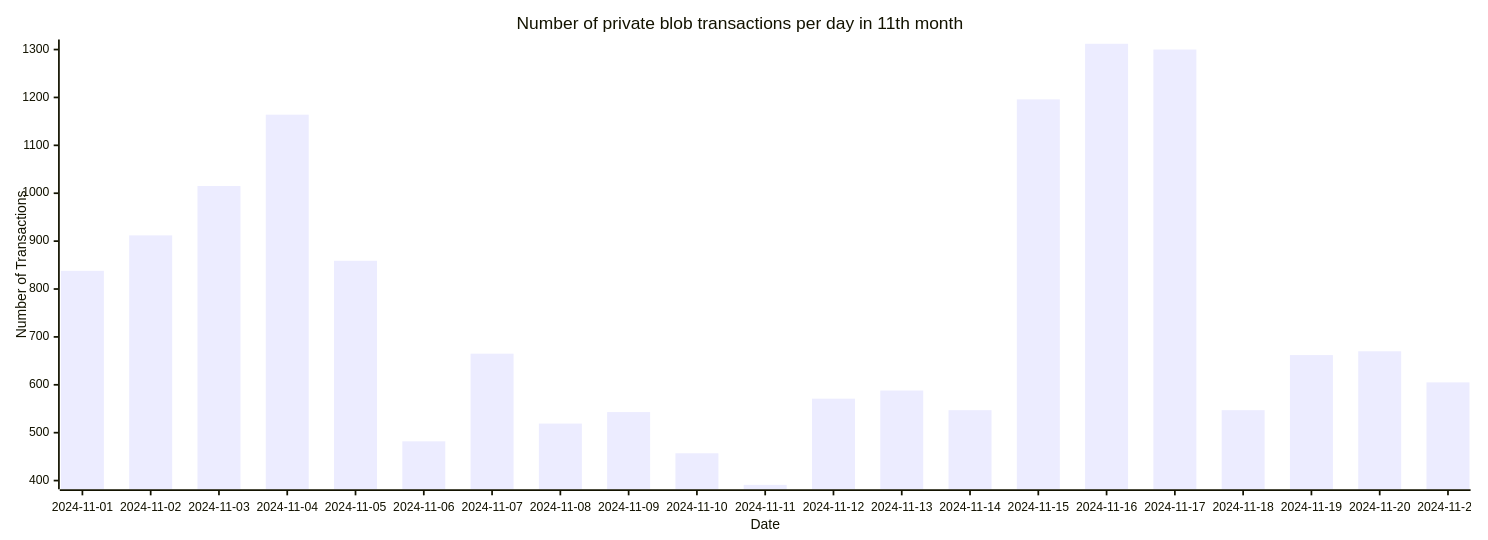
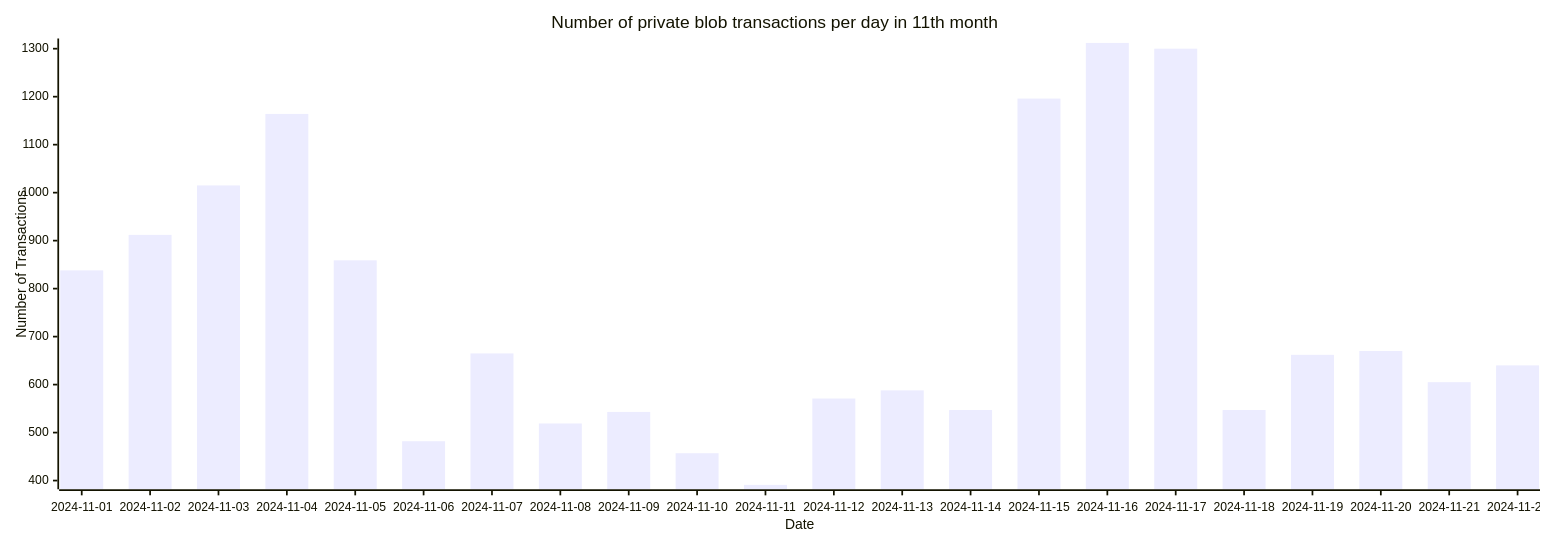
Before and after one commit to Amit0617/eip4844-data: the ninth of 9 diagrams in README.md, drawn with Mermaid. The commit also changed 1 other file, not shown here.

````diff
--- a/README.md
+++ b/README.md
@@ -105,12 +105,12 @@
 ```mermaid
 ---
 config:
     xyChart:
-        width: 1680
+        width: 1760
         height: 600
 ---
 xychart-beta title "Number of private blob transactions per day in 11th month"
-x-axis "Date" [2024-11-01,2024-11-02,2024-11-03,2024-11-04,2024-11-05,2024-11-06,2024-11-07,2024-11-08,2024-11-09,2024-11-10,2024-11-11,2024-11-12,2024-11-13,2024-11-14,2024-11-15,2024-11-16,2024-11-17,2024-11-18,2024-11-19,2024-11-20,2024-11-21]
+x-axis "Date" [2024-11-01,2024-11-02,2024-11-03,2024-11-04,2024-11-05,2024-11-06,2024-11-07,2024-11-08,2024-11-09,2024-11-10,2024-11-11,2024-11-12,2024-11-13,2024-11-14,2024-11-15,2024-11-16,2024-11-17,2024-11-18,2024-11-19,2024-11-20,2024-11-21,2024-11-22]
 y-axis "Number of Transactions"
-bar[838,912,1015,1164,859,482,665,519,543,457,391,571,588,547,1196,1312,1300,547,662,670,605]
+bar[838,912,1015,1164,859,482,665,519,543,457,391,571,588,547,1196,1312,1300,547,662,670,605,640]
 ```
````
